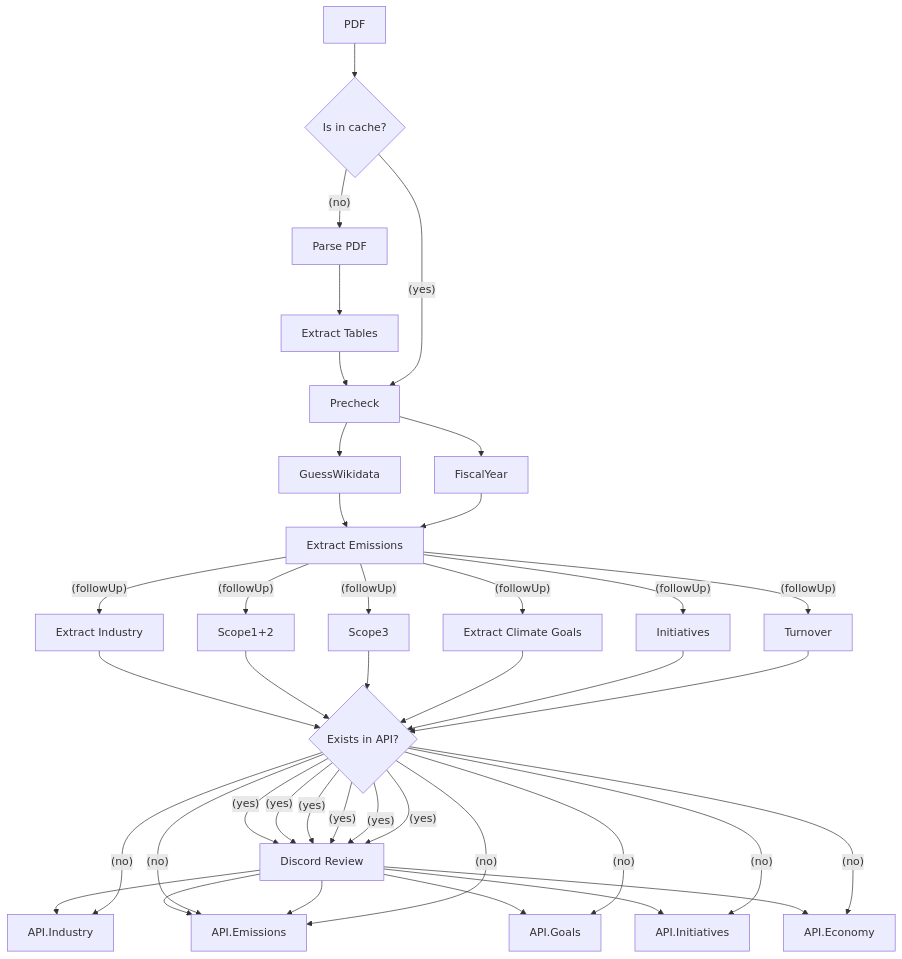
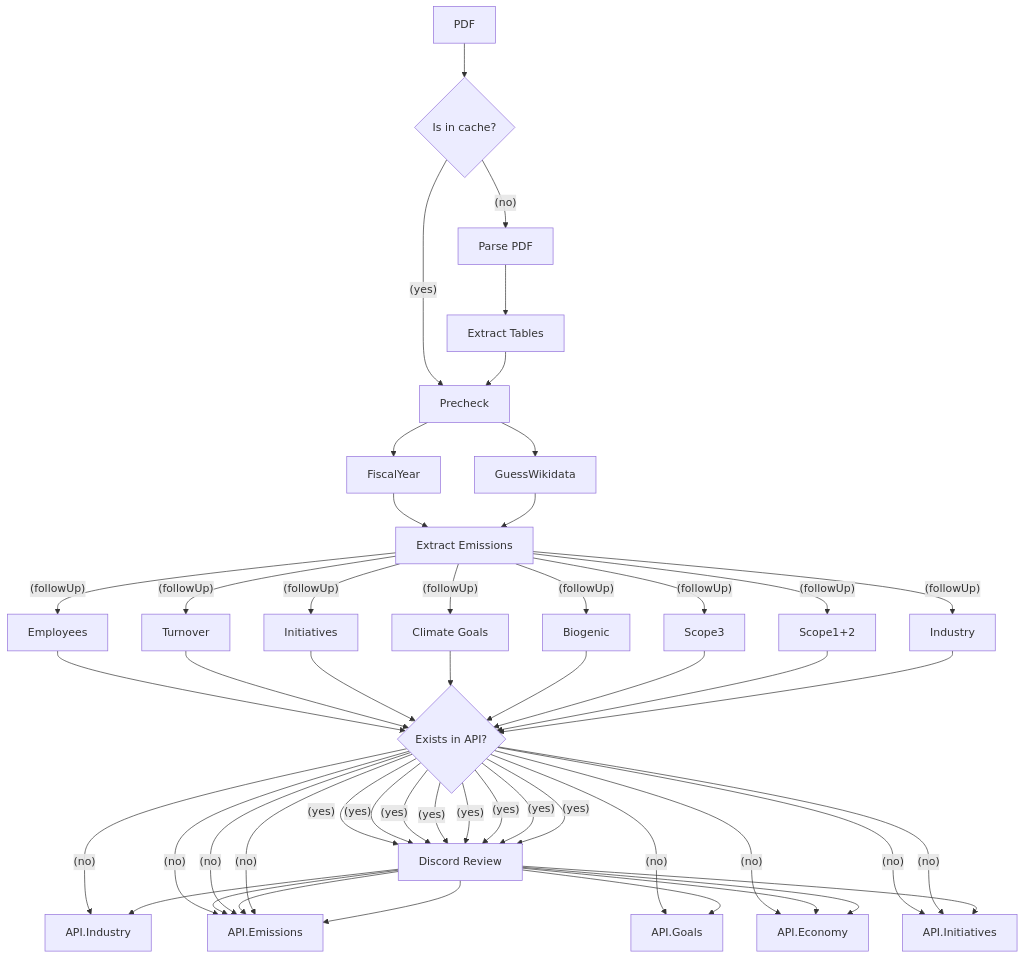
Before and after one commit to Klimatbyran/garbo: the diagram in README.md, drawn with Mermaid. The commit also changed other lines of this file, not shown here.

Commit message:
Update README to reflect latest updates to Garbo

````diff
--- a/README.md
+++ b/README.md
@@ -19,35 +19,39 @@
 ```mermaid
 flowchart TB
 
     PDF[PDF]
     Cache{Is in cache?}
     NLM[Parse PDF]
     Tables[Extract Tables]
     Emissions[Extract Emissions]
 
-    Industry[Extract Industry]
-    Goals[Extract Climate Goals]
+    Industry[Industry]
+    Goals[Climate Goals]
     Review[Discord Review]
 
     Precheck --> GuessWikidata --> Emissions
     Precheck --> FiscalYear --> Emissions
 
     PDF --> Cache --(no)--> NLM --> Tables --> Precheck
 
     Cache --(yes)--> Precheck
 
     CheckDB{Exists in API?}
 
     Emissions --(followUp)--> Industry --> CheckDB --(yes)--> Review --> API.Industry
                                            CheckDB --(no)--> API.Industry
     Emissions --(followUp)--> Scope1+2 --> CheckDB --(yes)--> Review --> API.Emissions
                                            CheckDB --(no)--> API.Emissions
     Emissions --(followUp)--> Scope3 --> CheckDB --(yes)--> Review --> API.Emissions
                                            CheckDB --(no)--> API.Emissions
+    Emissions --(followUp)--> Biogenic --> CheckDB --(yes)--> Review --> API.Emissions
+                                           CheckDB --(no)--> API.Emissions
     Emissions --(followUp)--> Goals --> CheckDB --(yes)--> Review --> API.Goals
                                            CheckDB --(no)--> API.Goals
     Emissions --(followUp)--> Initiatives --> CheckDB --(yes)--> Review --> API.Initiatives
                                            CheckDB --(no)--> API.Initiatives
     Emissions --(followUp)--> Turnover --> CheckDB --(yes)--> Review --> API.Economy
+                                           CheckDB --(no)--> API.Initiatives
+    Emissions --(followUp)--> Employees --> CheckDB --(yes)--> Review --> API.Economy
                                            CheckDB --(no)--> API.Economy
 ```
````
